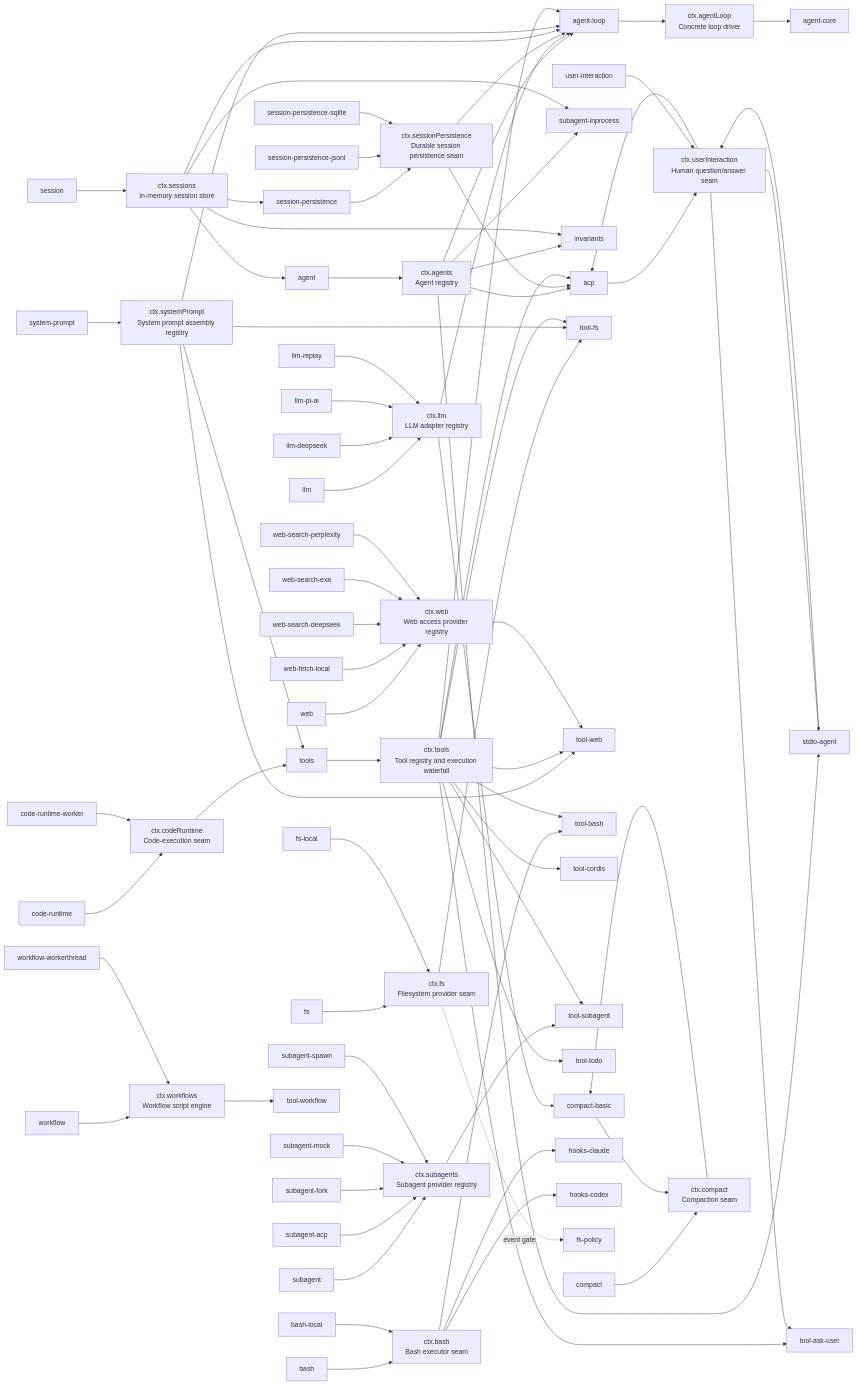
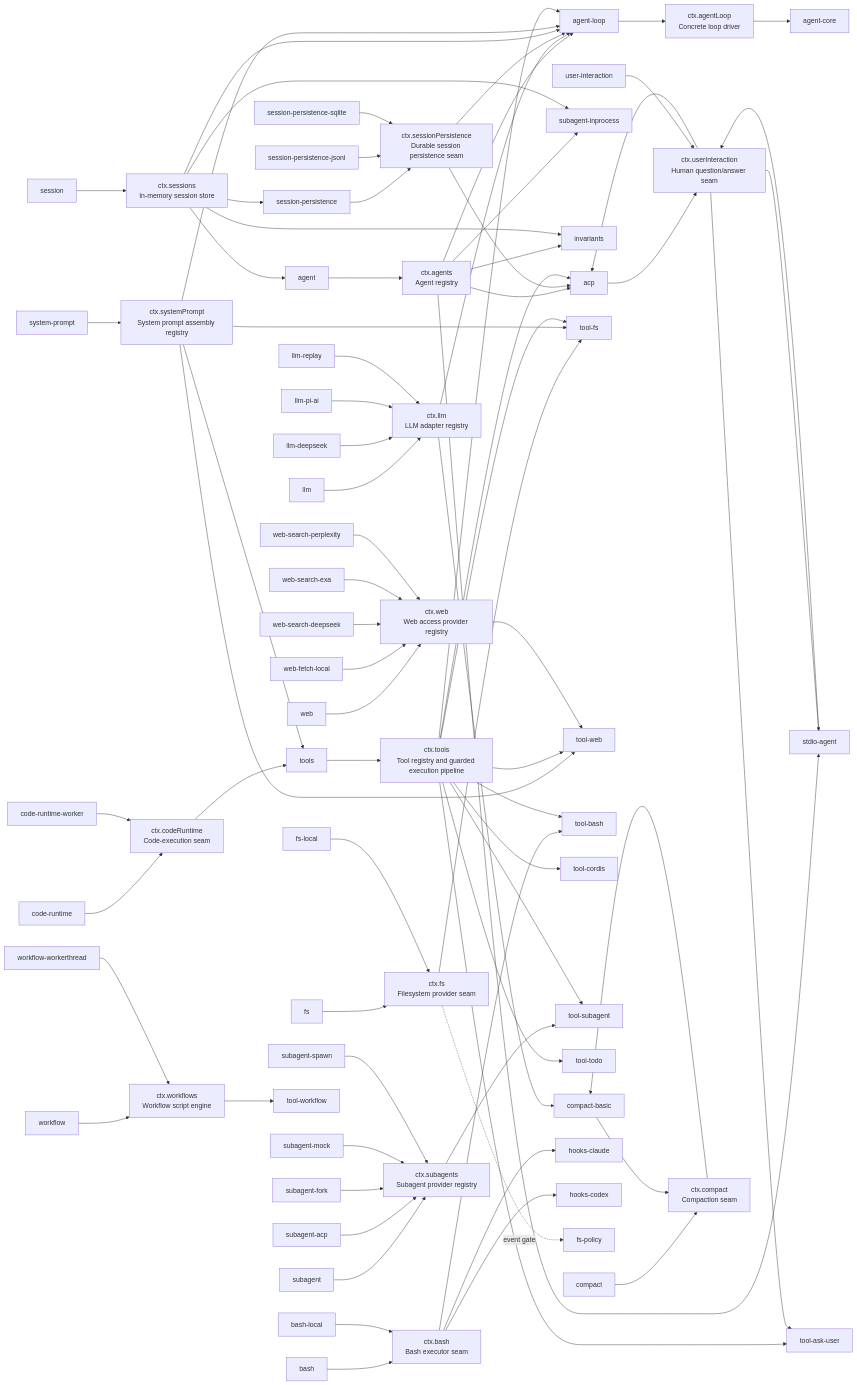
Before and after one commit to 007M7/DeepCode: the diagram in docs/capability-seams.md, drawn with Mermaid. The commit also changed other lines of this file and 36 other files, not shown here.

```diff
--- a/docs/capability-seams.md
+++ b/docs/capability-seams.md
@@ -29,7 +29,7 @@
   pkg_tools["tools"]
   pkg_tool_fs["tool-fs"]
   pkg_tool_web["tool-web"]
-  svc_tools["ctx.tools<br/>Tool registry and execution waterfall"]
+  svc_tools["ctx.tools<br/>Tool registry and guarded execution pipeline"]
   pkg_tool_ask_user["tool-ask-user"]
   pkg_tool_bash["tool-bash"]
   pkg_tool_cordis["tool-cordis"]
```
